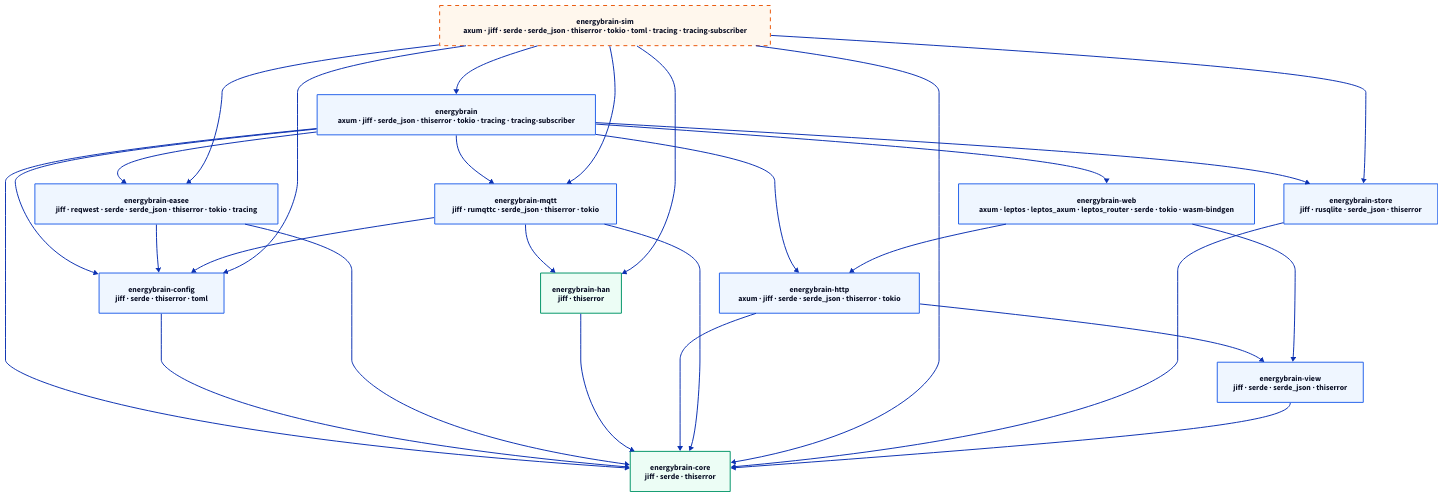
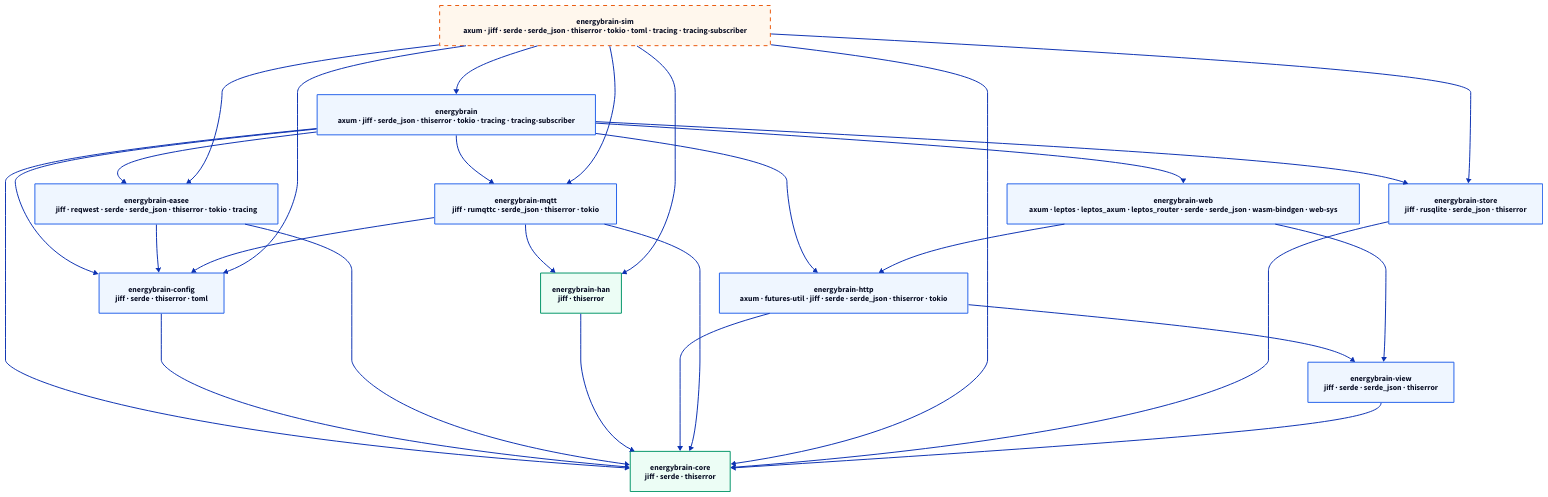
The diagram in docs/architecture/crates.d2 (bendiksolheim/energybrain), drawn with D2 before and after one commit. The commit also changed 22 other files, not shown here.

```diff
--- a/docs/architecture/crates.d2
+++ b/docs/architecture/crates.d2
@@ -1,50 +1,50 @@
 # GENERATED by scripts/arch-crates.sh from `cargo metadata`; run `just arch`, do not edit.
 # Solid: normal dependency. Dashed: dev-dependency only. Box text: external dependencies.
 
 direction: down
 
 classes: {
   pure: {style: {fill: "#ecfdf5"; stroke: "#059669"}}
   io: {style: {fill: "#eff6ff"; stroke: "#2563eb"}}
   dev: {style: {fill: "#fff7ed"; stroke: "#ea580c"; stroke-dash: 4}}
 }
 
 app: "energybrain\naxum · jiff · serde_json · thiserror · tokio · tracing · tracing-subscriber" {class: io}
 config: "energybrain-config\njiff · serde · thiserror · toml" {class: io}
 core: "energybrain-core\njiff · serde · thiserror" {class: pure}
 easee: "energybrain-easee\njiff · reqwest · serde · serde_json · thiserror · tokio · tracing" {class: io}
 han: "energybrain-han\njiff · thiserror" {class: pure}
-http: "energybrain-http\naxum · jiff · serde · serde_json · thiserror · tokio" {class: io}
+http: "energybrain-http\naxum · futures-util · jiff · serde · serde_json · thiserror · tokio" {class: io}
 mqtt: "energybrain-mqtt\njiff · rumqttc · serde_json · thiserror · tokio" {class: io}
 sim: "energybrain-sim\naxum · jiff · serde · serde_json · thiserror · tokio · toml · tracing · tracing-subscriber" {class: dev}
 store: "energybrain-store\njiff · rusqlite · serde_json · thiserror" {class: io}
 view: "energybrain-view\njiff · serde · serde_json · thiserror" {class: io}
-web: "energybrain-web\naxum · leptos · leptos_axum · leptos_router · serde · tokio · wasm-bindgen" {class: io}
+web: "energybrain-web\naxum · leptos · leptos_axum · leptos_router · serde · serde_json · wasm-bindgen · web-sys" {class: io}
 
 app -> config
 app -> core
 app -> easee
 app -> http
 app -> mqtt
 app -> store
 app -> web
 config -> core
 easee -> config
 easee -> core
 han -> core
 http -> core
 http -> view
 mqtt -> config
 mqtt -> core
 mqtt -> han
 sim -> app
 sim -> config
 sim -> core
 sim -> easee
 sim -> han
 sim -> mqtt
 sim -> store
 store -> core
 view -> core
 web -> http
 web -> view
```
